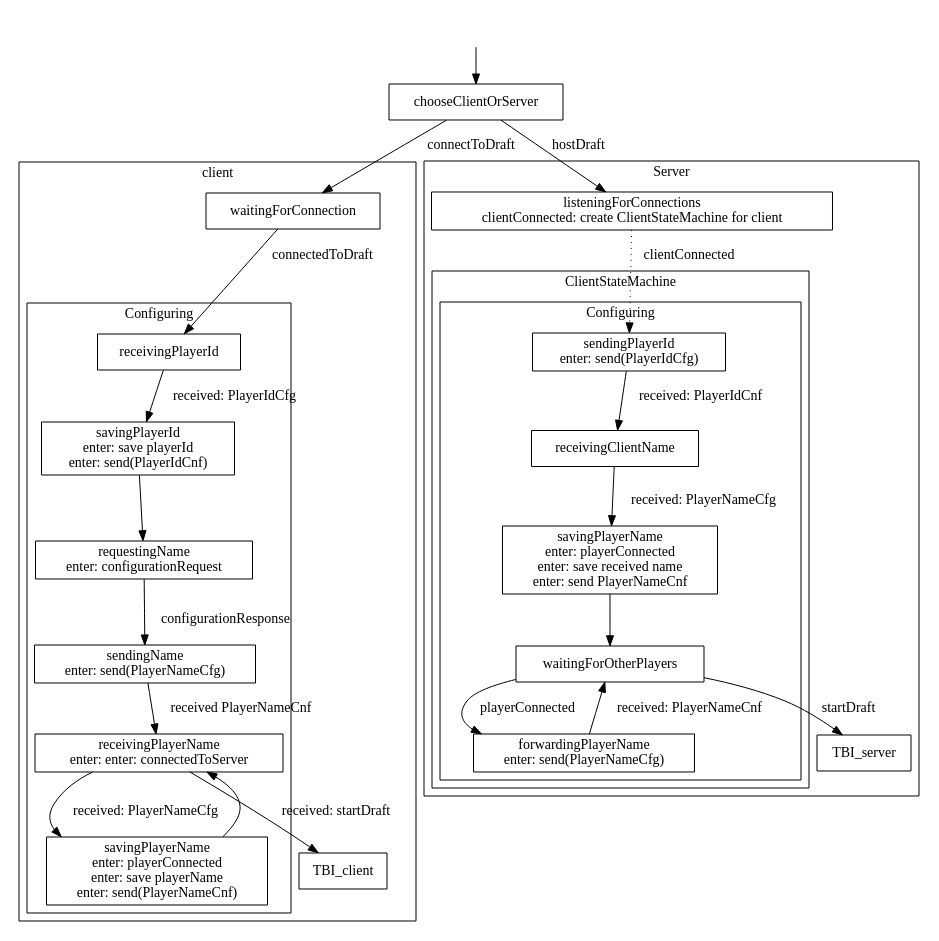
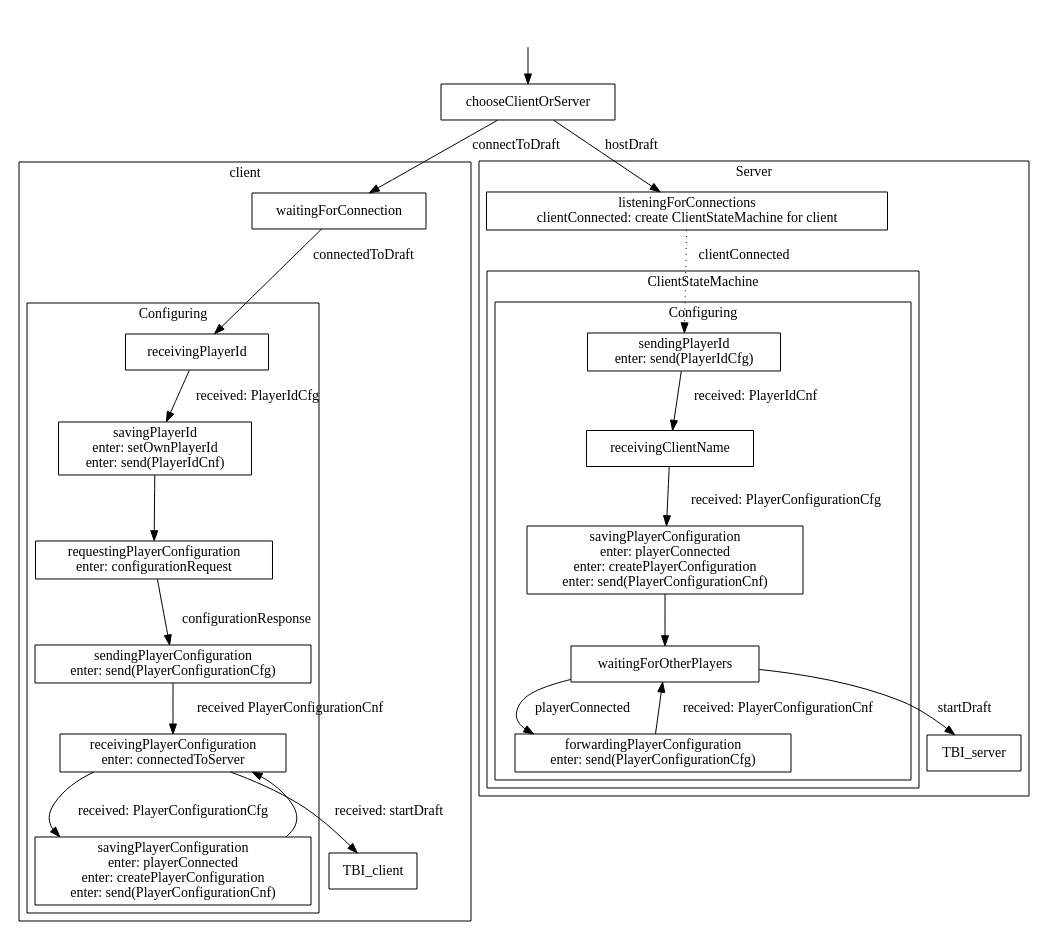
One commit to elchtzeasar/draft changed the diagram in state/graph.dot. Above: the diagram before and after it, drawn with Graphviz. The commit also changed 24 other files, not shown here.

Commit message:
Changed PlayerName states/signals to be named PlayerConfiguration instead.

```diff
--- a/state/graph.dot
+++ b/state/graph.dot
@@ -1,60 +1,60 @@
 digraph G {
   node [shape=box];
 
   subgraph cluster1 {
     label = "client";
 
     subgraph cluster11 {
       label = "Configuring";
 
-      savingPlayerId [label = "savingPlayerId\nenter: save playerId\nenter: send(PlayerIdCnf)"];
-      requestingName_client [label = "requestingName\nenter: configurationRequest"];
-      sendingName_client [label = "sendingName\nenter: send(PlayerNameCfg)"];
-      receivingPlayerName [label = "receivingPlayerName\nenter: enter: connectedToServer"];
-      savingPlayerName_client [label = "savingPlayerName\nenter: playerConnected\nenter: save playerName\nenter: send(PlayerNameCnf)"];
+      savingPlayerId [label = "savingPlayerId\nenter: setOwnPlayerId\nenter: send(PlayerIdCnf)"];
+      requestingPlayerConfiguration_client [label = "requestingPlayerConfiguration\nenter: configurationRequest"];
+      sendingPlayerConfiguration_client [label = "sendingPlayerConfiguration\nenter: send(PlayerConfigurationCfg)"];
+      receivingPlayerConfiguration [label = "receivingPlayerConfiguration\nenter: connectedToServer"];
+      savingPlayerConfiguration_client [label = "savingPlayerConfiguration\nenter: playerConnected\nenter: createPlayerConfiguration\nenter: send(PlayerConfigurationCnf)"];
 
       receivingPlayerId -> savingPlayerId [label = "received: PlayerIdCfg"];
-      savingPlayerId -> requestingName_client;
-      requestingName_client -> sendingName_client [label = "configurationResponse"];
-      sendingName_client -> receivingPlayerName [label = "received PlayerNameCnf"];
-      receivingPlayerName -> savingPlayerName_client [label = "received: PlayerNameCfg"];
-      savingPlayerName_client -> receivingPlayerName;
+      savingPlayerId -> requestingPlayerConfiguration_client;
+      requestingPlayerConfiguration_client -> sendingPlayerConfiguration_client [label = "configurationResponse"];
+      sendingPlayerConfiguration_client -> receivingPlayerConfiguration [label = "received PlayerConfigurationCnf"];
+      receivingPlayerConfiguration -> savingPlayerConfiguration_client [label = "received: PlayerConfigurationCfg"];
+      savingPlayerConfiguration_client -> receivingPlayerConfiguration;
     }
 
-    receivingPlayerName -> TBI_client [label = "received: startDraft"];
+    receivingPlayerConfiguration -> TBI_client [label = "received: startDraft"];
     waitingForConnection -> receivingPlayerId [label = "connectedToDraft"];
   }
 
   subgraph cluster2 {
     label = "Server";
 
     listeningForConnections [label = "listeningForConnections\nclientConnected: create ClientStateMachine for client"];
 
     subgraph cluster21 {
       label = "ClientStateMachine";
   
       subgraph cluster211 {
         label = "Configuring";
 
 	sendingPlayerId [label = "sendingPlayerId\nenter: send(PlayerIdCfg)"];
- 	savingPlayerName_server [label = "savingPlayerName\nenter: playerConnected\nenter: save received name\nenter: send PlayerNameCnf"];
+ 	savingPlayerConfiguration_server [label = "savingPlayerConfiguration\nenter: playerConnected\nenter: createPlayerConfiguration\nenter: send(PlayerConfigurationCnf)"];
 	waitingForOtherPlayers;
- 	forwardingPlayerName [label = "forwardingPlayerName\nenter: send(PlayerNameCfg)"];
+ 	forwardingPlayerConfiguration [label = "forwardingPlayerConfiguration\nenter: send(PlayerConfigurationCfg)"];
 
 	sendingPlayerId -> receivingClientName [label = "received: PlayerIdCnf"];
-	receivingClientName -> savingPlayerName_server [label = "received: PlayerNameCfg"];
-	savingPlayerName_server -> waitingForOtherPlayers;
-	waitingForOtherPlayers -> forwardingPlayerName [label = "playerConnected"];
-	forwardingPlayerName -> waitingForOtherPlayers [label = "received: PlayerNameCnf"];
+	receivingClientName -> savingPlayerConfiguration_server [label = "received: PlayerConfigurationCfg"];
+	savingPlayerConfiguration_server -> waitingForOtherPlayers;
+	waitingForOtherPlayers -> forwardingPlayerConfiguration [label = "playerConnected"];
+	forwardingPlayerConfiguration -> waitingForOtherPlayers [label = "received: PlayerConfigurationCnf"];
       }
     } 
 
     listeningForConnections -> sendingPlayerId [style=dotted, label = "clientConnected"];
     waitingForOtherPlayers -> TBI_server [label = "startDraft"];
   }
 
   null [shape = plaintext label=""];
   null -> chooseClientOrServer;
   chooseClientOrServer -> waitingForConnection [label = "connectToDraft"];
   chooseClientOrServer -> listeningForConnections [label = "hostDraft"];
 }
```
